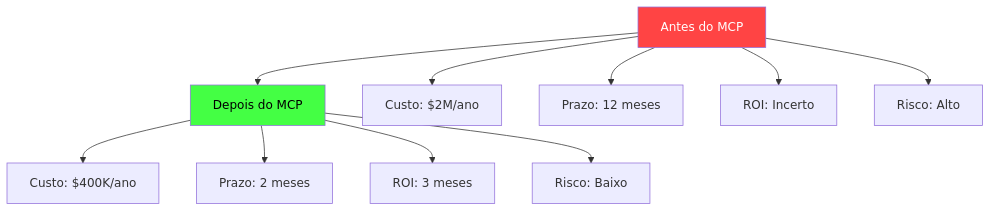
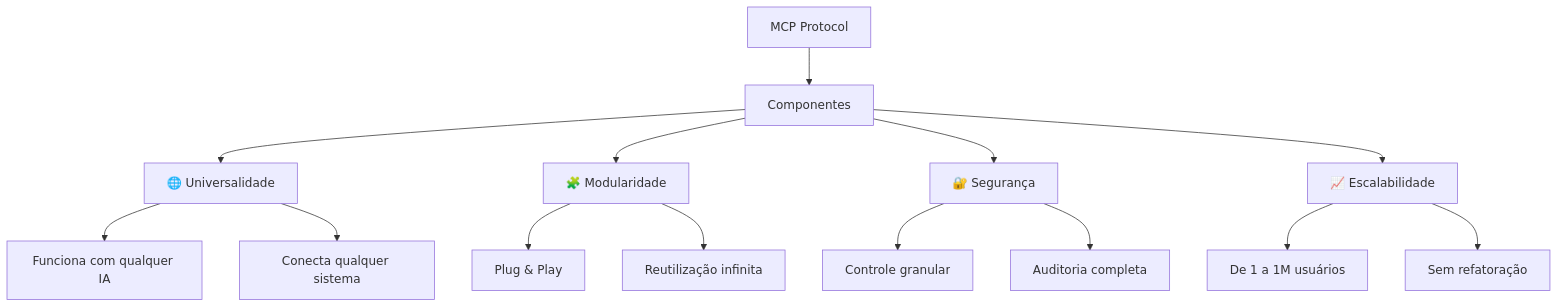
One commit to felipepimentel/my-public-notes changed the fourth of 25 diagrams in AI/Comunicação/MCP/00-mcp-presentation-product.md. Above: the diagram before and after it, drawn with Mermaid. The commit also changed other lines of this file, not shown here.

````diff
--- a/AI/Comunicação/MCP/00-mcp-presentation-product.md
+++ b/AI/Comunicação/MCP/00-mcp-presentation-product.md
@@ -95,17 +84,21 @@
 ```mermaid
 graph TD
-    BEFORE[Antes do MCP] --> AFTER[Depois do MCP]
+    MCP[MCP Protocol] --> COMP[Componentes]
     
-    BEFORE --> B1[Custo: $2M/ano]
-    BEFORE --> B2[Prazo: 12 meses]
-    BEFORE --> B3[ROI: Incerto]
-    BEFORE --> B4[Risco: Alto]
+    COMP --> UNI[🌐 Universalidade]
+    COMP --> MOD[🧩 Modularidade]
+    COMP --> SEC[🔐 Segurança]
+    COMP --> SCA[📈 Escalabilidade]
     
-    AFTER --> A1[Custo: $400K/ano]
-    AFTER --> A2[Prazo: 2 meses]
-    AFTER --> A3[ROI: 3 meses]
-    AFTER --> A4[Risco: Baixo]
+    UNI --> U1[Funciona com qualquer IA]
+    UNI --> U2[Conecta qualquer sistema]
     
-    style BEFORE fill:#ff4444,color:#fff
-    style AFTER fill:#44ff44,color:#000
+    MOD --> M1[Plug & Play]
+    MOD --> M2[Reutilização infinita]
+    
+    SEC --> S1[Controle granular]
+    SEC --> S2[Auditoria completa]
+    
+    SCA --> SC1[De 1 a 1M usuários]
+    SCA --> SC2[Sem refatoração]
 ```
````
